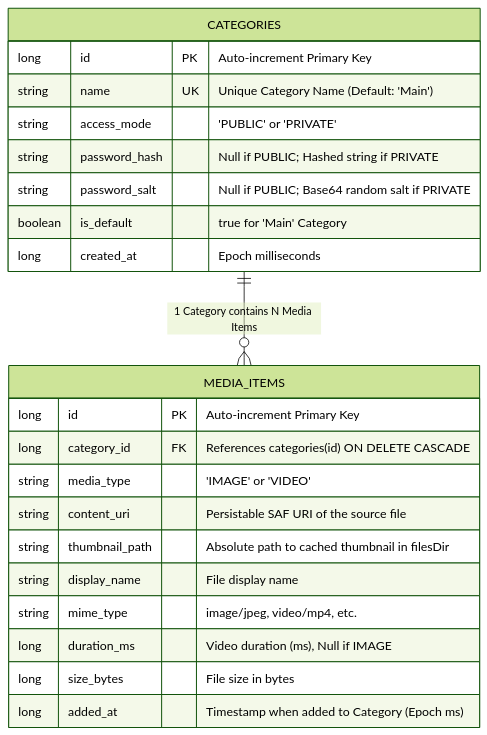
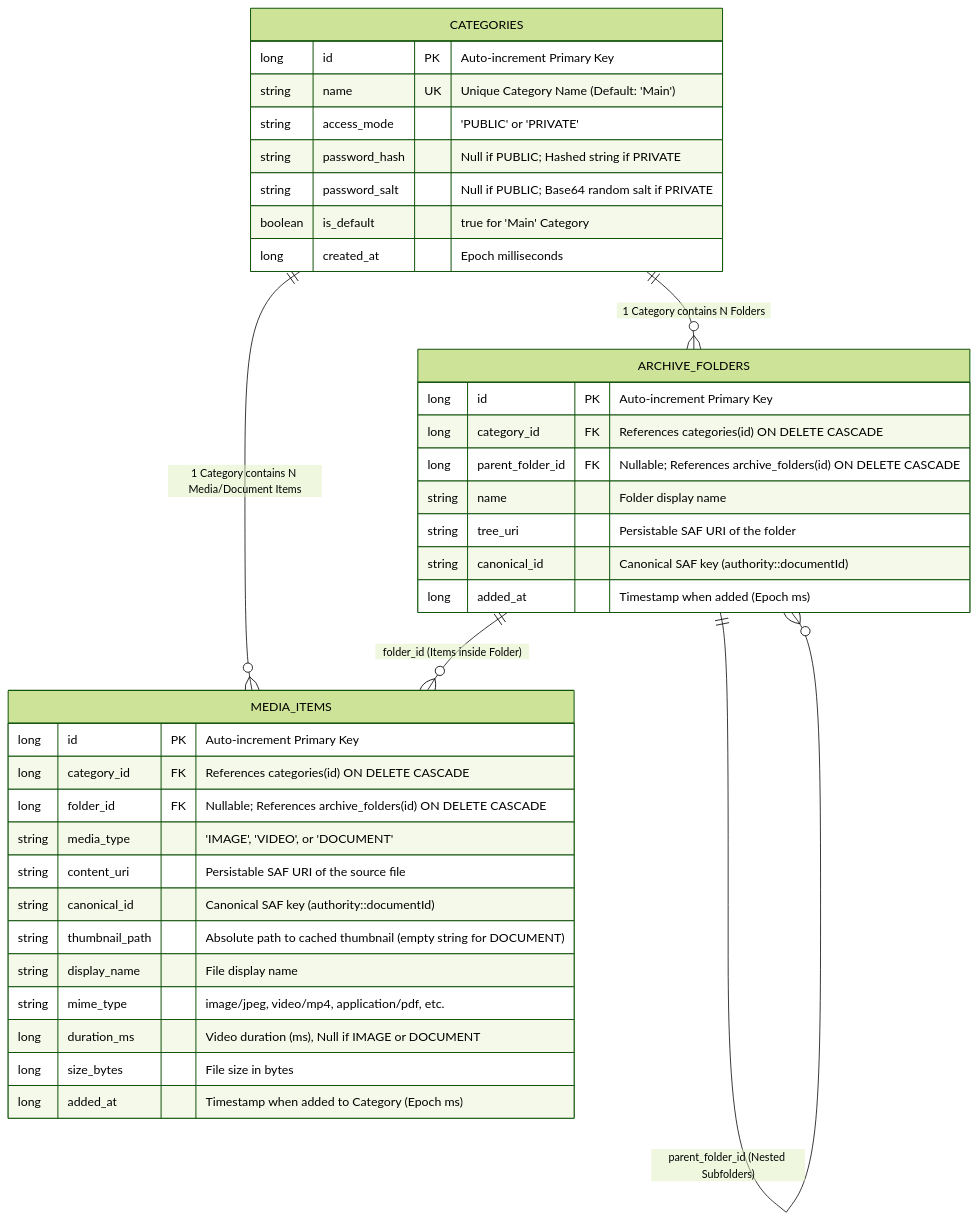
Before and after one commit to kitoku95/media-archive: the diagram in docs/architecture/02-database-schema.md, drawn with Mermaid (forest theme). The commit also changed other lines of this file and 37 other files, not shown here.

Commit message:
feat(documents): add documents tab, canonical saf deduplication, hidden folder filter and uniform category card height

````diff
--- a/docs/architecture/02-database-schema.md
+++ b/docs/architecture/02-database-schema.md
@@ -9,25 +9,40 @@
 ```mermaid
 erDiagram
-    CATEGORIES ||--o{ MEDIA_ITEMS : "1 Category contains N Media Items"
+    CATEGORIES ||--o{ ARCHIVE_FOLDERS : "1 Category contains N Folders"
+    CATEGORIES ||--o{ MEDIA_ITEMS : "1 Category contains N Media/Document Items"
+    ARCHIVE_FOLDERS ||--o{ ARCHIVE_FOLDERS : "parent_folder_id (Nested Subfolders)"
+    ARCHIVE_FOLDERS ||--o{ MEDIA_ITEMS : "folder_id (Items inside Folder)"
+
     CATEGORIES {
         long id PK "Auto-increment Primary Key"
         string name UK "Unique Category Name (Default: 'Main')"
         string access_mode "'PUBLIC' or 'PRIVATE'"
         string password_hash "Null if PUBLIC; Hashed string if PRIVATE"
         string password_salt "Null if PUBLIC; Base64 random salt if PRIVATE"
         boolean is_default "true for 'Main' Category"
         long created_at "Epoch milliseconds"
     }
+    ARCHIVE_FOLDERS {
+        long id PK "Auto-increment Primary Key"
+        long category_id FK "References categories(id) ON DELETE CASCADE"
+        long parent_folder_id FK "Nullable; References archive_folders(id) ON DELETE CASCADE"
+        string name "Folder display name"
+        string tree_uri "Persistable SAF URI of the folder"
+        string canonical_id "Canonical SAF key (authority::documentId)"
+        long added_at "Timestamp when added (Epoch ms)"
+    }
     MEDIA_ITEMS {
         long id PK "Auto-increment Primary Key"
         long category_id FK "References categories(id) ON DELETE CASCADE"
-        string media_type "'IMAGE' or 'VIDEO'"
+        long folder_id FK "Nullable; References archive_folders(id) ON DELETE CASCADE"
+        string media_type "'IMAGE', 'VIDEO', or 'DOCUMENT'"
         string content_uri "Persistable SAF URI of the source file"
-        string thumbnail_path "Absolute path to cached thumbnail in filesDir"
+        string canonical_id "Canonical SAF key (authority::documentId)"
+        string thumbnail_path "Absolute path to cached thumbnail (empty string for DOCUMENT)"
         string display_name "File display name"
-        string mime_type "image/jpeg, video/mp4, etc."
-        long duration_ms "Video duration (ms), Null if IMAGE"
+        string mime_type "image/jpeg, video/mp4, application/pdf, etc."
+        long duration_ms "Video duration (ms), Null if IMAGE or DOCUMENT"
         long size_bytes "File size in bytes"
         long added_at "Timestamp when added to Category (Epoch ms)"
     }
 ```
````
